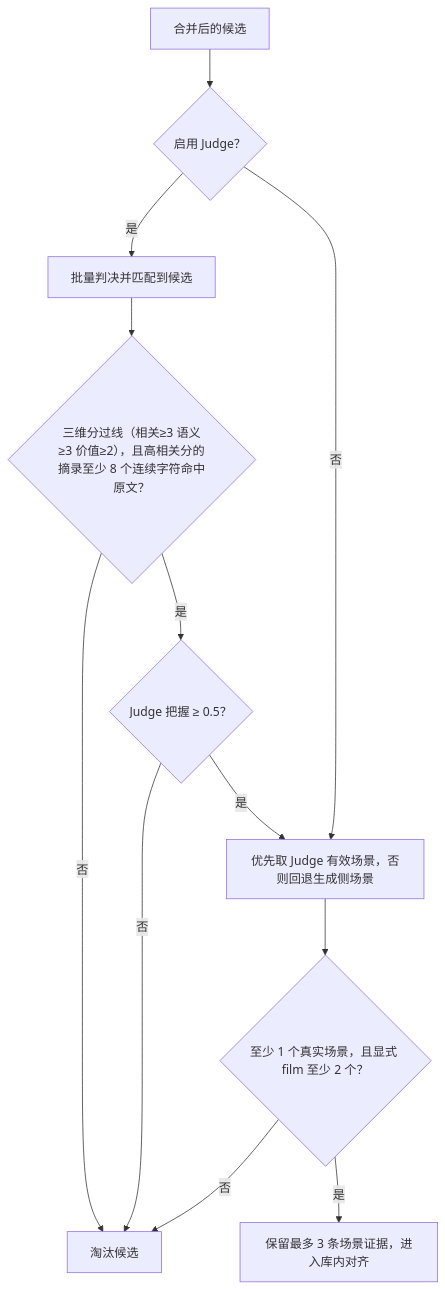
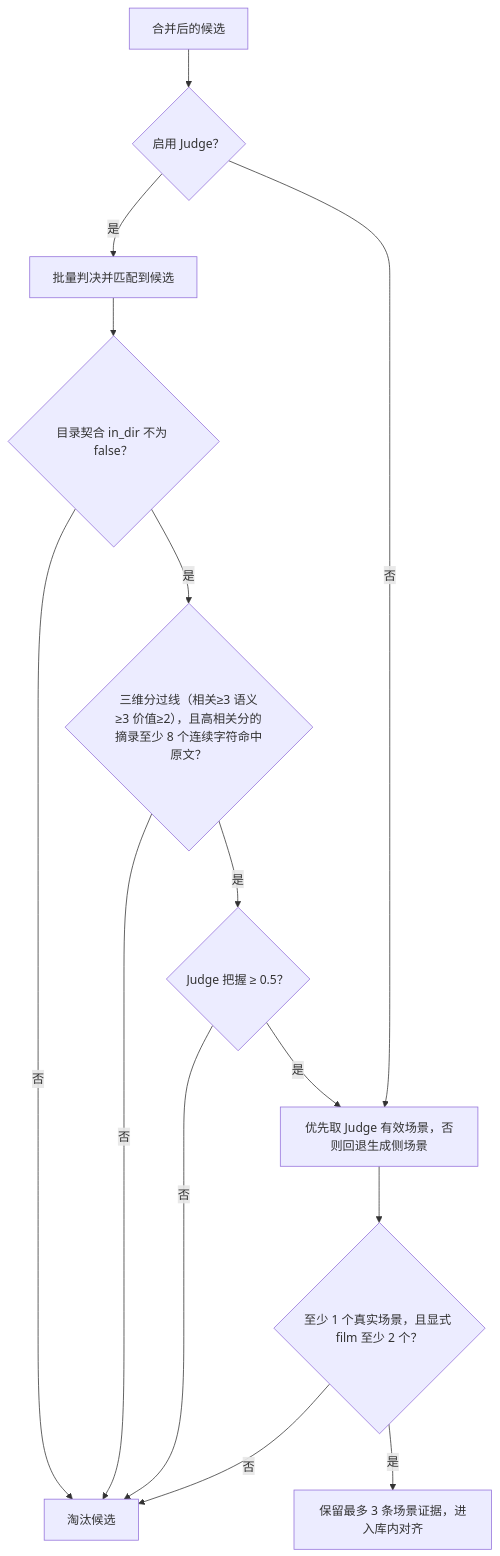
One commit to morning-gu/intelligent-tag-platform changed the second of 3 diagrams in docs/open-tag-generation.md. Above: the diagram before and after it, drawn with Mermaid. The commit also changed other lines of this file and 13 other files, not shown here.

````diff
--- a/docs/open-tag-generation.md
+++ b/docs/open-tag-generation.md
@@ -116,14 +117,16 @@
 ```mermaid
 flowchart TD
     A["合并后的候选"] --> B{"启用 Judge？"}
     B -->|是| C["批量判决并匹配到候选"]
-    C --> D{"三维分过线（相关≥3 语义≥3 价值≥2），且高相关分的摘录至少 8 个连续字符命中原文？"}
+    C --> C2{"目录契合 in_dir 不为 false？"}
+    C2 -->|否| X
+    C2 -->|是| D{"三维分过线（相关≥3 语义≥3 价值≥2），且高相关分的摘录至少 8 个连续字符命中原文？"}
     D -->|否| X["淘汰候选"]
     D -->|是| E{"Judge 把握 ≥ 0.5？"}
     E -->|否| X
     E -->|是| F["优先取 Judge 有效场景，否则回退生成侧场景"]
     B -->|否| F
     F --> G{"至少 1 个真实场景，且显式 film 至少 2 个？"}
     G -->|否| X
     G -->|是| H["保留最多 3 条场景证据，进入库内对齐"]
 ```
````
